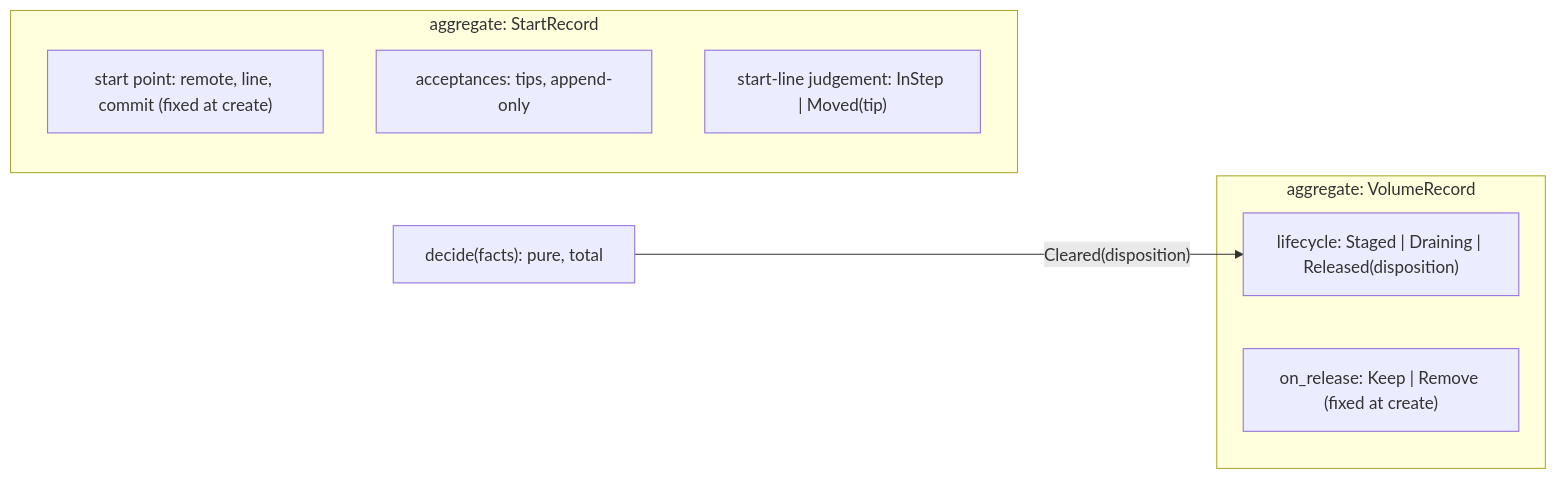
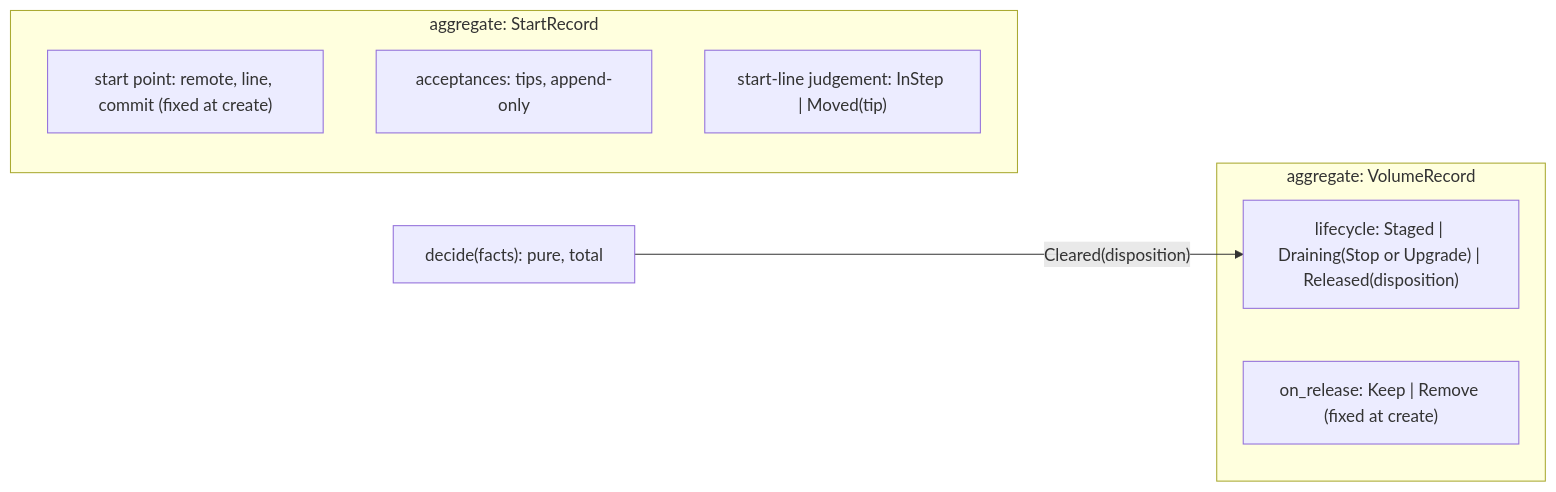
One commit to mcurcio/agentfs changed the first of 5 diagrams in docs/target-architecture/domains/volume.md. Above: the diagram before and after it, drawn with Mermaid. The commit also changed other lines of this file and 12 other files, not shown here.

````diff
--- a/docs/target-architecture/domains/volume.md
+++ b/docs/target-architecture/domains/volume.md
@@ -42,14 +45,14 @@
 ```mermaid
 flowchart LR
   subgraph AGG1["aggregate: VolumeRecord"]
-    L["lifecycle: Staged | Draining | Released(disposition)"]
+    L["lifecycle: Staged | Draining(Stop or Upgrade) | Released(disposition)"]
     P["on_release: Keep | Remove (fixed at create)"]
   end
   subgraph AGG2["aggregate: StartRecord"]
     S["start point: remote, line, commit (fixed at create)"]
     A["acceptances: tips, append-only"]
     J["start-line judgement: InStep | Moved(tip)"]
   end
   D["decide(facts): pure, total"]
   D -->|"Cleared(disposition)"| L
 ```
````
